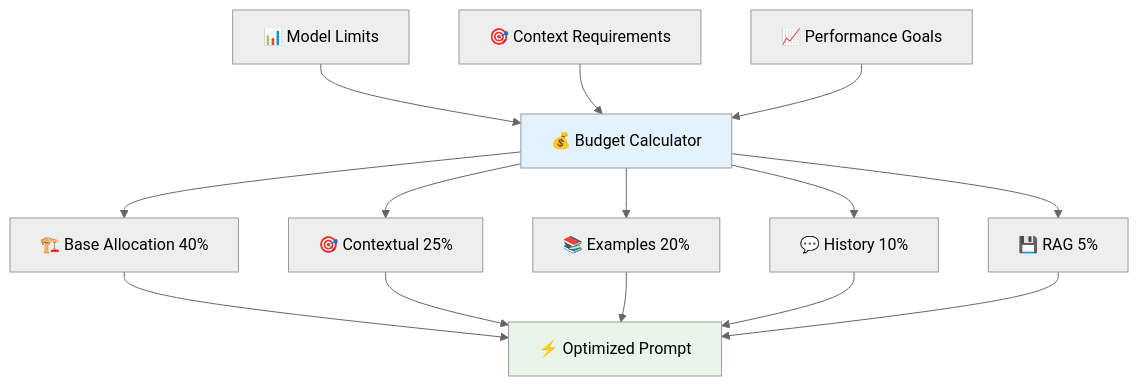
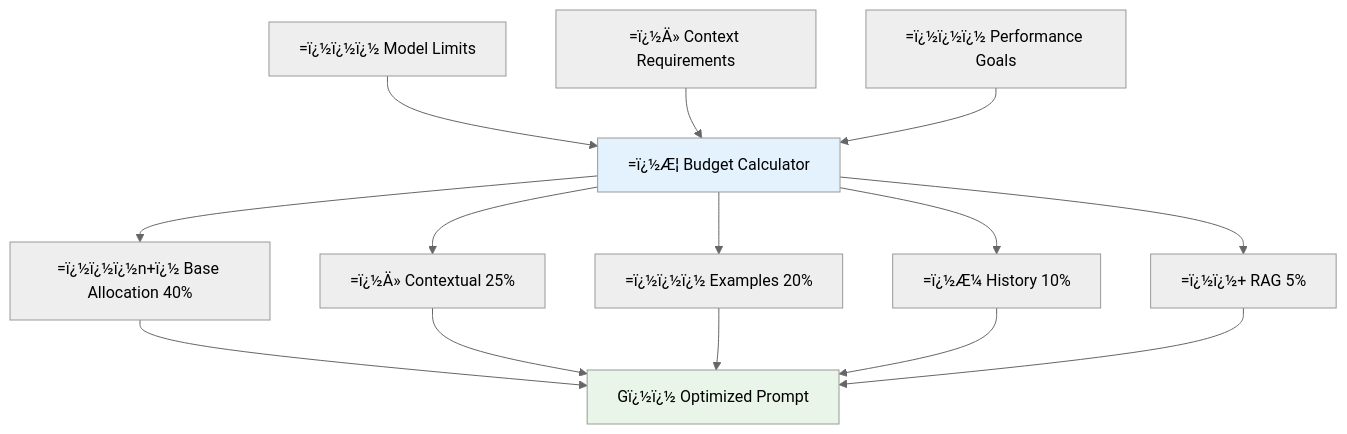
One commit to framersai/agentos-live-docs changed the tenth of 15 diagrams in packages/agentos/docs/ARCHITECTURE.md. Above: the diagram before and after it, drawn with Mermaid (neutral theme). The commit also changed other lines of this file and 47 other files, not shown here.

````diff
--- a/packages/agentos/docs/ARCHITECTURE.md
+++ b/packages/agentos/docs/ARCHITECTURE.md
@@ -1842,21 +1850,21 @@
 ```mermaid
 graph TD
-    A[📊 Model Limits] --> B[💰 Budget Calculator]
-    C[🎯 Context Requirements] --> B
-    D[📈 Performance Goals] --> B
+    A[=ï¿½ï¿½ï¿½ Model Limits] --> B[=ï¿½Æ¦ Budget Calculator]
+    C[=ï¿½Ä» Context Requirements] --> B
+    D[=ï¿½ï¿½ï¿½ Performance Goals] --> B
     
-    B --> E[🏗️ Base Allocation 40%]
-    B --> F[🎯 Contextual 25%]
-    B --> G[📚 Examples 20%]
-    B --> H[💬 History 10%]
-    B --> I[💾 RAG 5%]
+    B --> E[=ï¿½ï¿½ï¿½n+ï¿½ Base Allocation 40%]
+    B --> F[=ï¿½Ä» Contextual 25%]
+    B --> G[=ï¿½ï¿½ï¿½ Examples 20%]
+    B --> H[=ï¿½Æ¼ History 10%]
+    B --> I[=ï¿½ï¿½+ RAG 5%]
     
-    E --> J[⚡ Optimized Prompt]
+    E --> J[Gï¿½ï¿½ Optimized Prompt]
     F --> J
     G --> J
     H --> J
     I --> J
     
     style B fill:#e3f2fd
     style J fill:#e8f5e8
 ```
````
